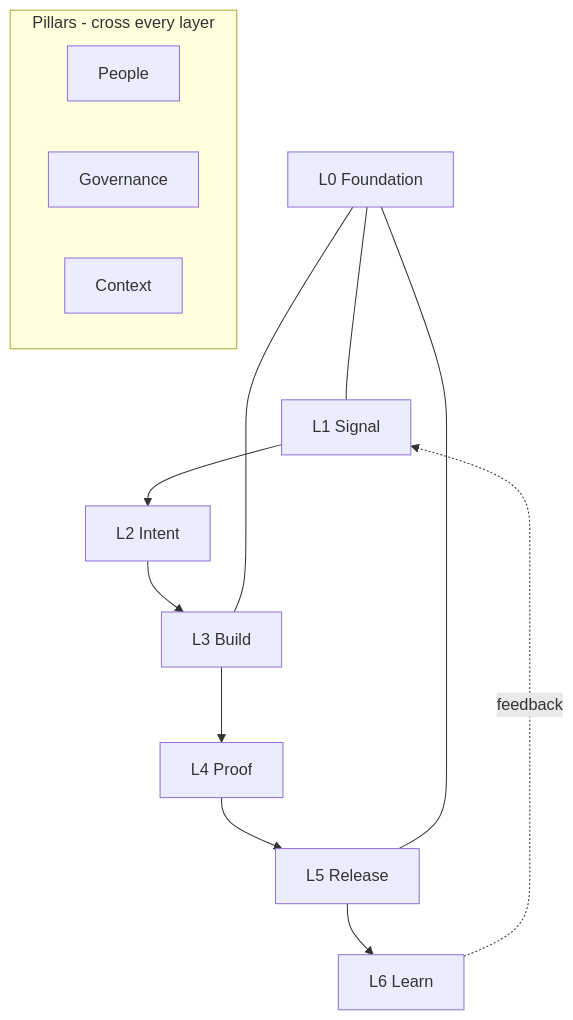
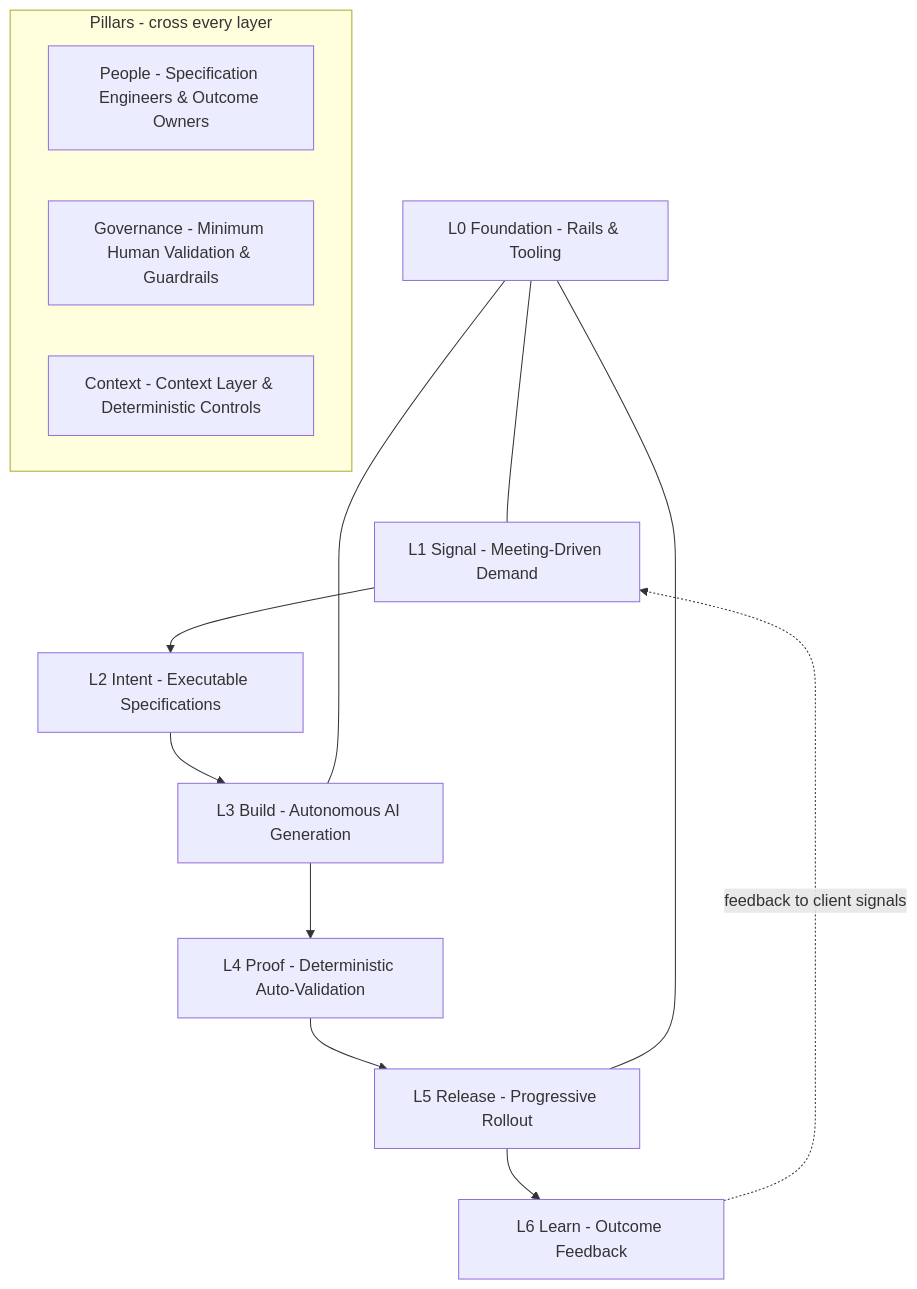
The diagram in website/docs/guide/overview.md (ALTEN-group/agentic-software-factory), drawn with Mermaid before and after one commit. The commit also changed other lines of this file and 20 other files, not shown here.

First line of the commit message:
Refactor documentation to align with Meeting-Driven Development and AI-driven processes

````diff
--- a/website/docs/guide/overview.md
+++ b/website/docs/guide/overview.md
@@ -25,17 +44,17 @@
 ```mermaid
 ---
 caption: Flow Stack layers and pillars
 ---
 
 flowchart TB
   subgraph pillars[Pillars - cross every layer]
-    people[People]
-    governance[Governance]
-    context[Context]
+    people[People - Specification Engineers & Outcome Owners]
+    governance[Governance - Minimum Human Validation & Guardrails]
+    context[Context - Context Layer & Deterministic Controls]
   end
-  l1[L1 Signal] --> l2[L2 Intent] --> l3[L3 Build] --> l4[L4 Proof] --> l5[L5 Release] --> l6[L6 Learn]
-  l6 -. feedback .-> l1
-  l0[L0 Foundation] --- l1
+  l1[L1 Signal - Meeting-Driven Demand] --> l2[L2 Intent - Executable Specifications] --> l3[L3 Build - Autonomous AI Generation] --> l4[L4 Proof - Deterministic Auto-Validation] --> l5[L5 Release - Progressive Rollout] --> l6[L6 Learn - Outcome Feedback]
+  l6 -. feedback to client signals .-> l1
+  l0[L0 Foundation - Rails & Tooling] --- l1
   l0 --- l3
   l0 --- l5
 ```
````
